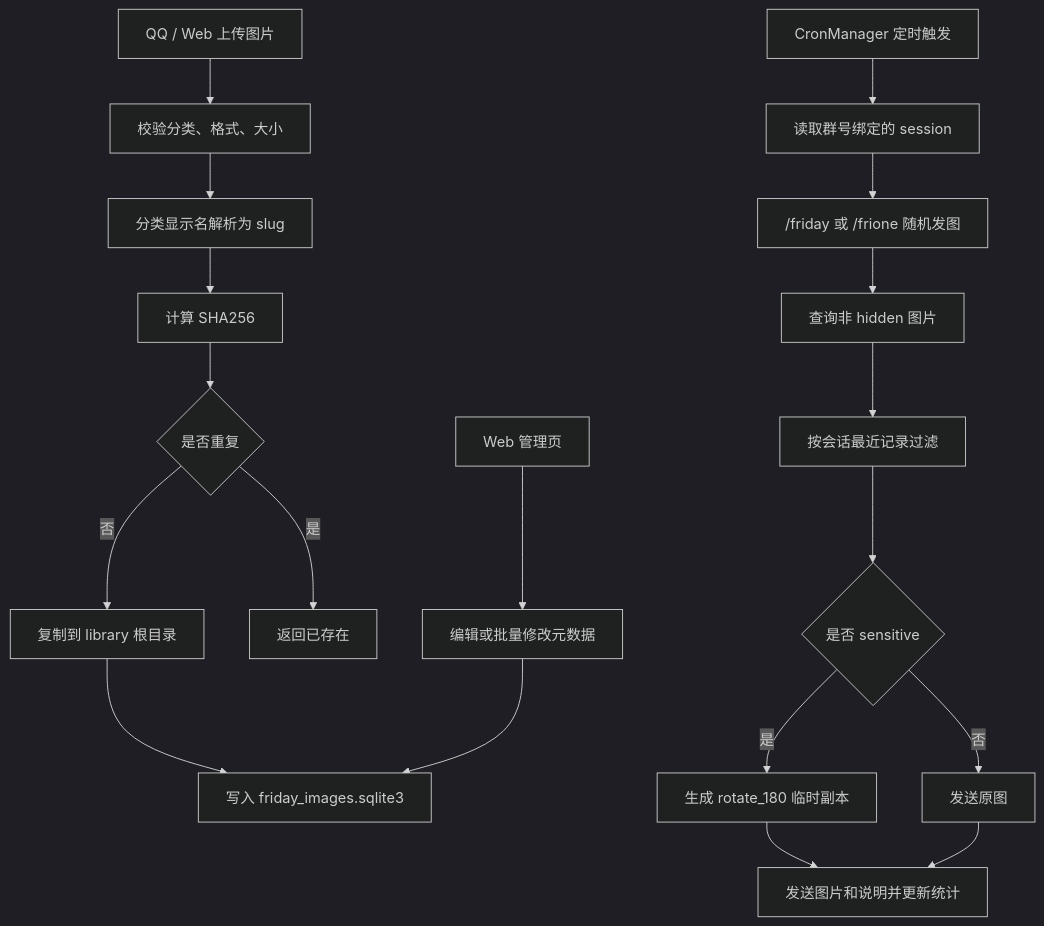
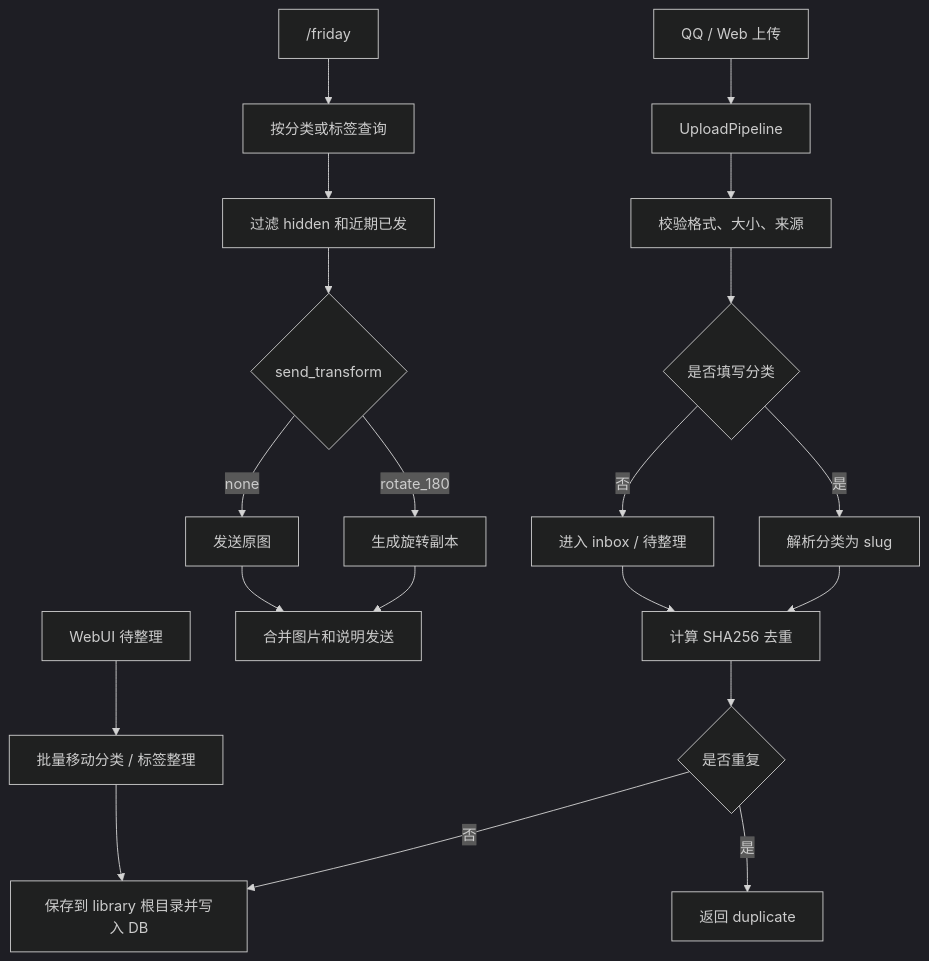
One commit to ZheLang1223/astrbot_plugin_friday_image_library changed the diagram in README.md. Above: the diagram before and after it, drawn with Mermaid (dark theme). The commit also changed other lines of this file and 15 other files, not shown here.

````diff
--- a/README.md
+++ b/README.md
@@ -136,21 +116,22 @@
 ```mermaid
 flowchart TD
-  A["QQ / Web 上传图片"] --> B["校验分类、格式、大小"]
-  B --> C["分类显示名解析为 slug"]
-  C --> D["计算 SHA256"]
-  D --> E{"是否重复"}
-  E -->|否| F["复制到 library 根目录"]
-  E -->|是| G["返回已存在"]
-  F --> H["写入 friday_images.sqlite3"]
-  I["/friday 或 /frione 随机发图"] --> J["查询非 hidden 图片"]
-  J --> K["按会话最近记录过滤"]
-  K --> L{"是否 sensitive"}
-  L -->|否| M["发送原图"]
-  L -->|是| N["生成 rotate_180 临时副本"]
-  N --> O["发送图片和说明并更新统计"]
-  M --> O
-  P["CronManager 定时触发"] --> Q["读取群号绑定的 session"]
-  Q --> I
-  R["Web 管理页"] --> S["编辑或批量修改元数据"]
-  S --> H
+  A["QQ / Web 上传"] --> B["UploadPipeline"]
+  B --> C["校验格式、大小、来源"]
+  C --> D{"是否填写分类"}
+  D -->|是| E["解析分类为 slug"]
+  D -->|否| F["进入 inbox / 待整理"]
+  E --> G["计算 SHA256 去重"]
+  F --> G
+  G --> H{"是否重复"}
+  H -->|否| I["保存到 library 根目录并写入 DB"]
+  H -->|是| J["返回 duplicate"]
+  K["/friday"] --> L["按分类或标签查询"]
+  L --> M["过滤 hidden 和近期已发"]
+  M --> N{"send_transform"}
+  N -->|rotate_180| O["生成旋转副本"]
+  N -->|none| P["发送原图"]
+  O --> Q["合并图片和说明发送"]
+  P --> Q
+  R["WebUI 待整理"] --> S["批量移动分类 / 标签整理"]
+  S --> I
 ```
````
